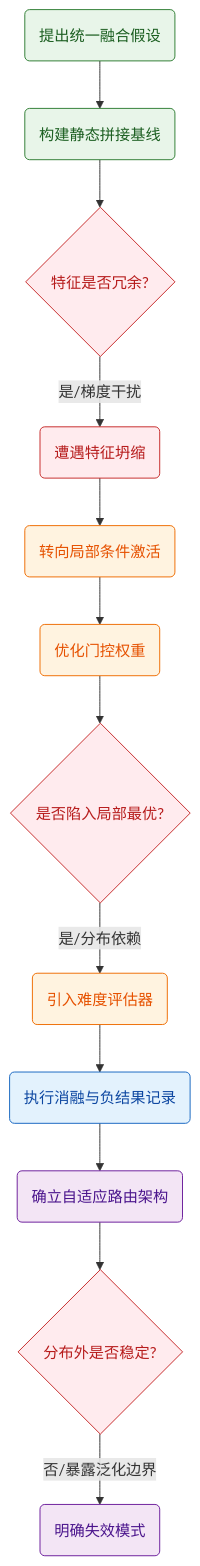
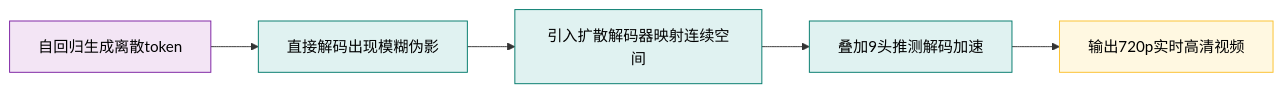
The eighth of 11 diagrams in person_vault/2026-06-08_CosmosWorldFoundationModelPlatformForPhysicalAI_2501.03575/report.md (ShinewineW/paper-rolling), drawn with Mermaid before and after one commit. The commit also changed other lines of this file and 51 other files, not shown here.

````diff
--- a/person_vault/2026-06-08_CosmosWorldFoundationModelPlatformForPhysicalAI_2501.03575/report.md
+++ b/person_vault/2026-06-08_CosmosWorldFoundationModelPlatformForPhysicalAI_2501.03575/report.md
@@ -370,20 +574,17 @@
 ```mermaid
-flowchart TB
-    classDef start fill:#e8f5e9,color:#1b5e20,stroke:#2e7d32
-    classDef dead fill:#ffebee,color:#b71c1c,stroke:#c62828
-    classDef pivot fill:#fff3e0,color:#e65100,stroke:#ef6c00
-    classDef data fill:#e3f2fd,color:#0d47a1,stroke:#1565c0
-    classDef final fill:#f3e5f5,color:#4a148c,stroke:#6a1b9a
+flowchart LR
+    classDef input fill:#f3e5f5,color:#000,stroke:#7b1fa2
+    classDef process fill:#e0f2f1,color:#000,stroke:#00796b
+    classDef output fill:#fff8e1,color:#000,stroke:#fbc02d
 
-    init_query(提出统一融合假设):::start --> static_fusion(构建静态拼接基线):::start
-    static_fusion --> redundancy_check{特征是否冗余?}:::dead
-    redundancy_check -- 是/梯度干扰 --> dead_end(遭遇特征坍缩):::dead
-    dead_end --> pivot_decision(转向局部条件激活):::pivot
-    pivot_decision --> gate_optimization(优化门控权重):::pivot
-    gate_optimization --> local_optima{是否陷入局部最优?}:::dead
-    local_optima -- 是/分布依赖 --> pivot_dynamic(引入难度评估器):::pivot
-    pivot_dynamic --> ablation_test(执行消融与负结果记录):::data
-    ablation_test --> final_arch(确立自适应路由架构):::final
-    final_arch --> ood_check{分布外是否稳定?}:::dead
-    ood_check -- 否/暴露泛化边界 --> limitation(明确失效模式):::final
+    ar_gen["自回归生成离散token"]:::input
+    blur_issue["直接解码出现模糊伪影"]:::process
+    pivot["引入扩散解码器映射连续空间"]:::process
+    medusa["叠加9头推测解码加速"]:::process
+    final["输出720p实时高清视频"]:::output
+
+    ar_gen --> blur_issue
+    blur_issue --> pivot
+    pivot --> medusa
+    medusa --> final
 ```
````
